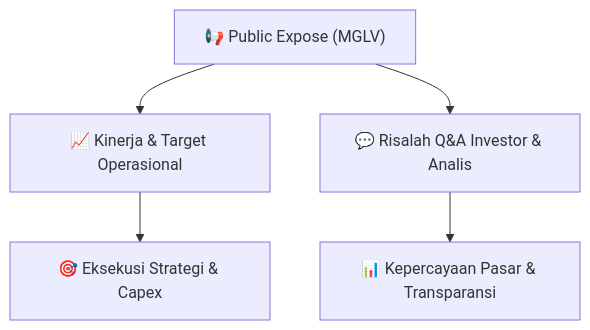
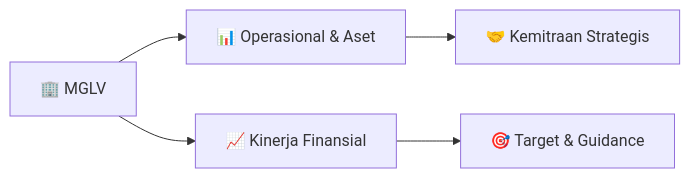
The diagram in Finplan_analyst/knowledge-base/public-exposes/informasi-pubex/MGLV_Public_Expose_20260916.md (anYoneo/alphadigest-idx), drawn with Mermaid before and after one commit. The commit also changed other lines of this file and 526 other files, not shown here.

````diff
--- a/Finplan_analyst/knowledge-base/public-exposes/informasi-pubex/MGLV_Public_Expose_20260916.md
+++ b/Finplan_analyst/knowledge-base/public-exposes/informasi-pubex/MGLV_Public_Expose_20260916.md
@@ -37,7 +71,7 @@
 ```mermaid
-flowchart TD
-    A["📢 Public Expose (MGLV)"] --> B["📈 Kinerja & Target Operasional"]
-    A --> C["💬 Risalah Q&A Investor & Analis"]
-    B --> D["🎯 Eksekusi Strategi & Capex"]
-    C --> E["📊 Kepercayaan Pasar & Transparansi"]
+flowchart LR
+    A["🏢 MGLV"] --> B["📊 Operasional & Aset"]
+    A --> C["📈 Kinerja Finansial"]
+    B --> D["🤝 Kemitraan Strategis"]
+    C --> E["🎯 Target & Guidance"]
 ```
````
